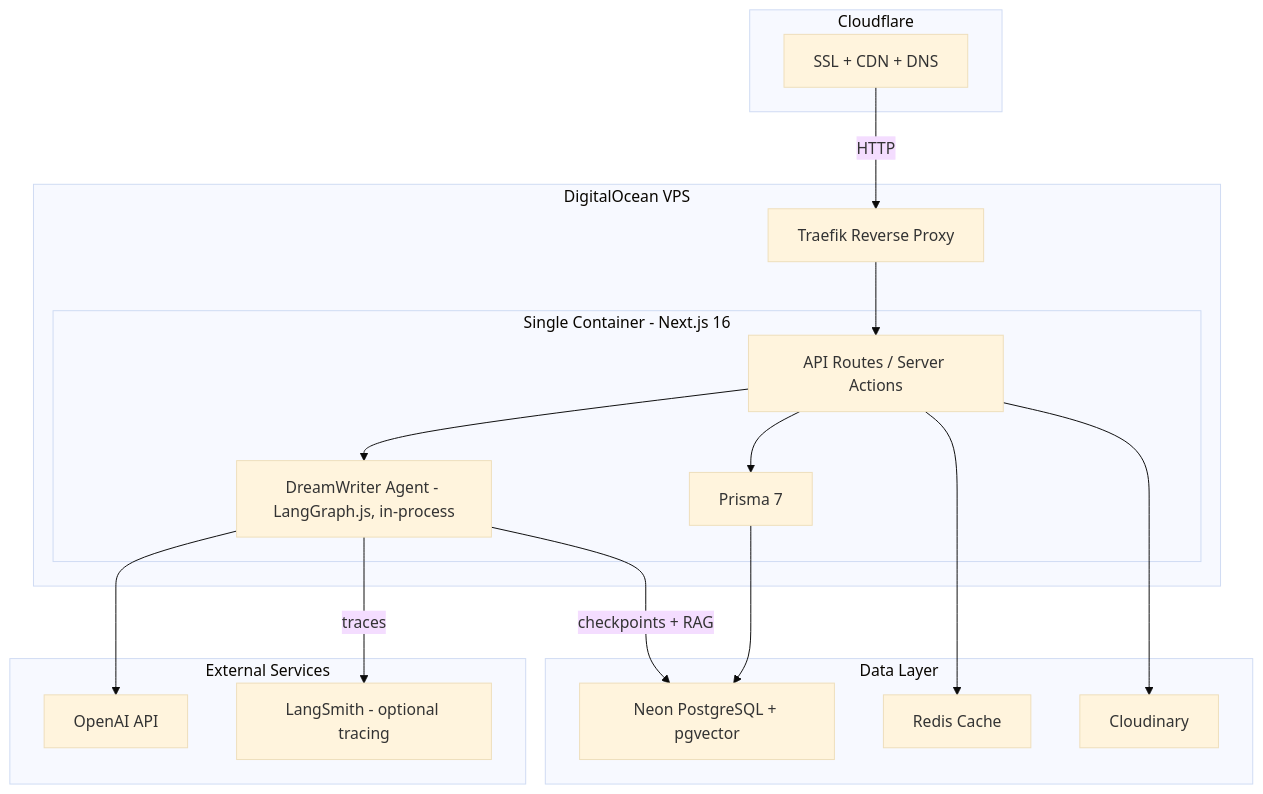
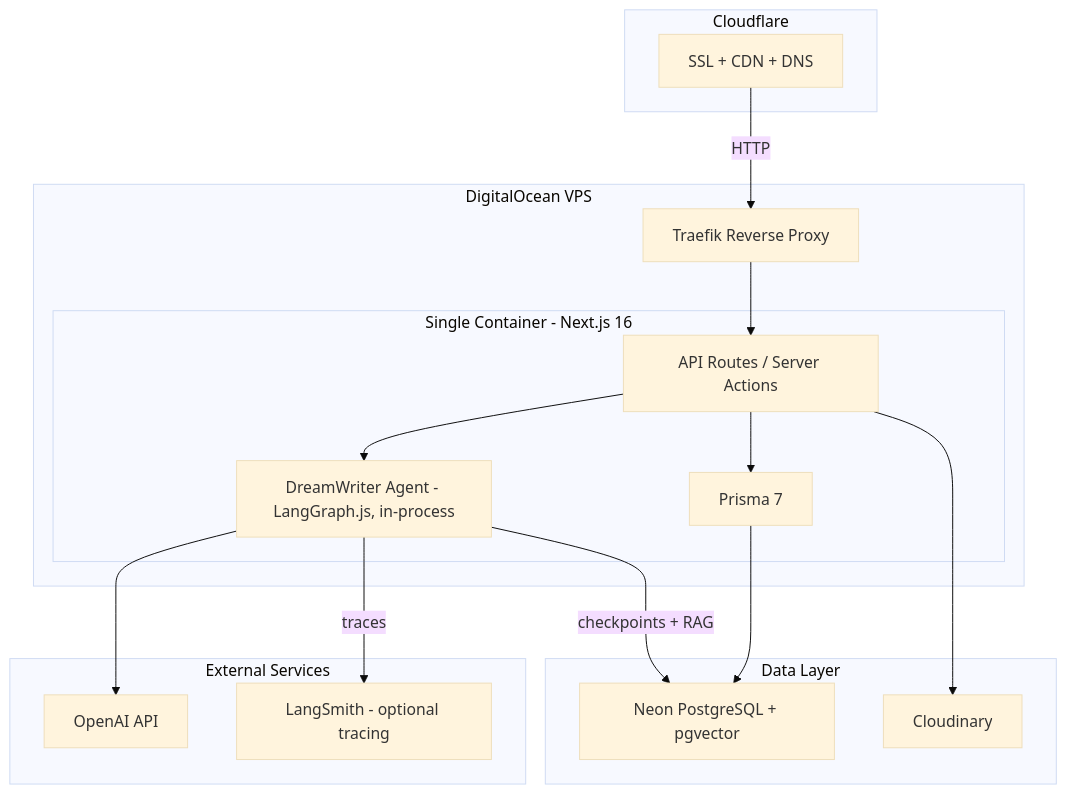
The second of 4 diagrams in README.md (ChanMeng666/fanfic-lab), drawn with Mermaid (base theme) before and after one commit. The commit also changed other lines of this file and 5 other files, not shown here.

First line of the commit message:
docs: drop Redis from docs; document Postgres-backed cache + unpooled URL

````diff
--- a/README.md
+++ b/README.md
@@ -312,37 +305,35 @@
 ```mermaid
 graph TB
     subgraph "Cloudflare"
         CF[SSL + CDN + DNS]
     end
 
     subgraph "DigitalOcean VPS"
         T[Traefik Reverse Proxy]
         subgraph "Single Container - Next.js 16"
             D[API Routes / Server Actions]
             F[DreamWriter Agent - LangGraph.js, in-process]
             E[Prisma 7]
             D --> F
             D --> E
         end
     end
 
     subgraph "External Services"
         K[OpenAI API]
         M[LangSmith - optional tracing]
     end
 
     subgraph "Data Layer"
         N[Neon PostgreSQL + pgvector]
-        O[Redis Cache]
         P[Cloudinary]
     end
 
     CF -->|HTTP| T
     T --> D
     F --> K
     F -->|traces| M
     F -->|checkpoints + RAG| N
     E --> N
-    D --> O
     D --> P
 ```
````
